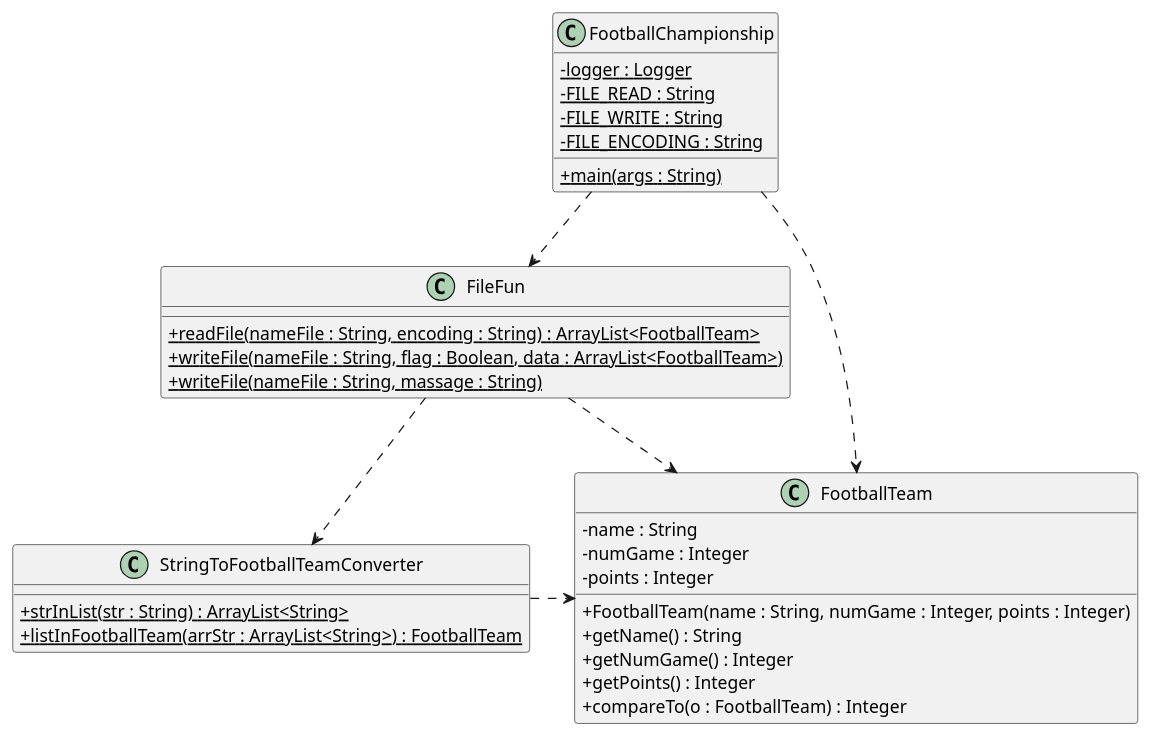
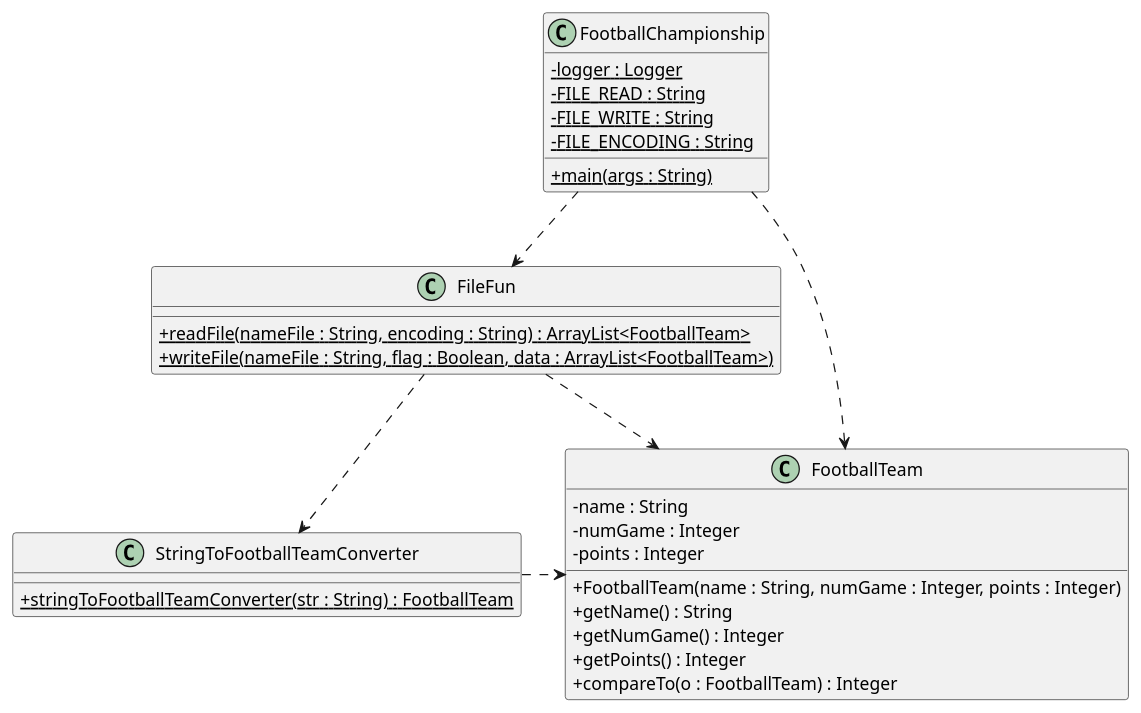
One commit to BasilAntonov/FootballChampionship changed the diagram in FootballChampionship.puml. Above: the diagram before and after it, drawn with PlantUML. The commit also changed 2 other files, not shown here.

```diff
--- a/FootballChampionship.puml
+++ b/FootballChampionship.puml
@@ -1,46 +1,44 @@
 @startuml
 
 skinparam classAttributeIconSize 0
 
 class FootballChampionship {
 
     - {static} logger : Logger
     - {static} FILE_READ : String
     - {static} FILE_WRITE : String
     - {static} FILE_ENCODING : String
 
     + {static} main(args : String)
 }
 
 class FootballTeam {
 
     - name : String
     - numGame : Integer
     - points : Integer
 
     + FootballTeam(name : String, numGame : Integer, points : Integer)
     + getName() : String
     + getNumGame() : Integer
     + getPoints() : Integer
     + compareTo(o : FootballTeam) : Integer
 }
 
 class StringToFootballTeamConverter {
 
-    + {static} strInList(str : String) : ArrayList<String>
-    + {static} listInFootballTeam(arrStr : ArrayList<String>) : FootballTeam
+    + {static} stringToFootballTeamConverter(str : String) : FootballTeam
 }
 
 class FileFun {
 
     + {static} readFile(nameFile : String, encoding : String) : ArrayList<FootballTeam>
     + {static} writeFile(nameFile : String, flag : Boolean, data : ArrayList<FootballTeam>)
-    + {static} writeFile(nameFile : String, massage : String)
 }
 
 FootballChampionship .> FootballTeam
 FootballChampionship ..> FileFun
 FileFun .> StringToFootballTeamConverter
 FileFun ..> FootballTeam
 StringToFootballTeamConverter .> FootballTeam
 @enduml
```
